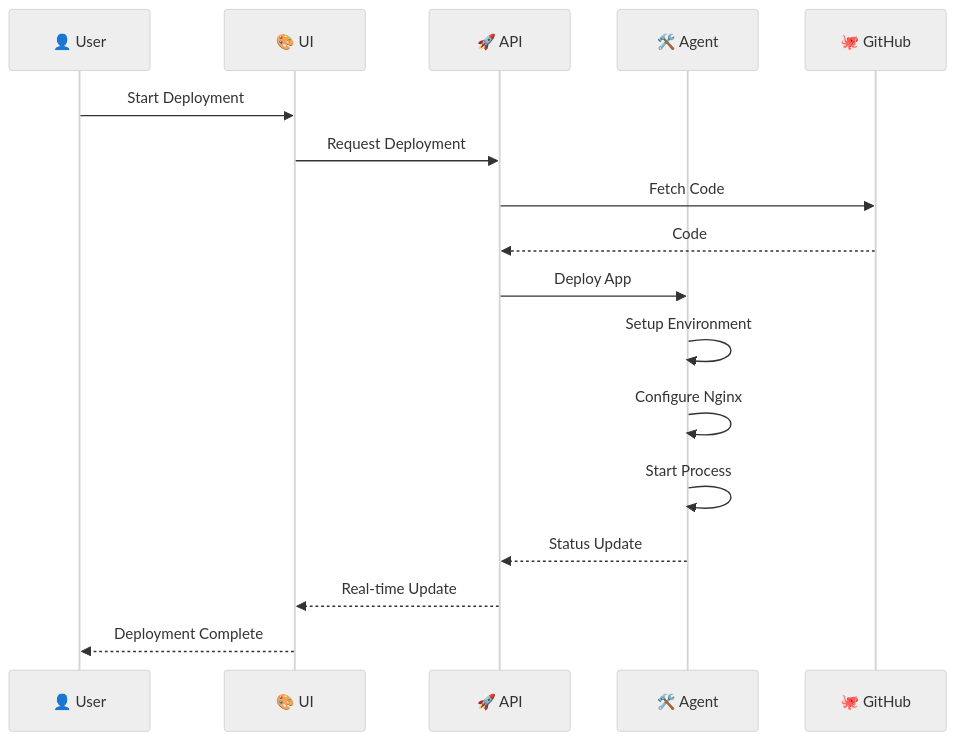
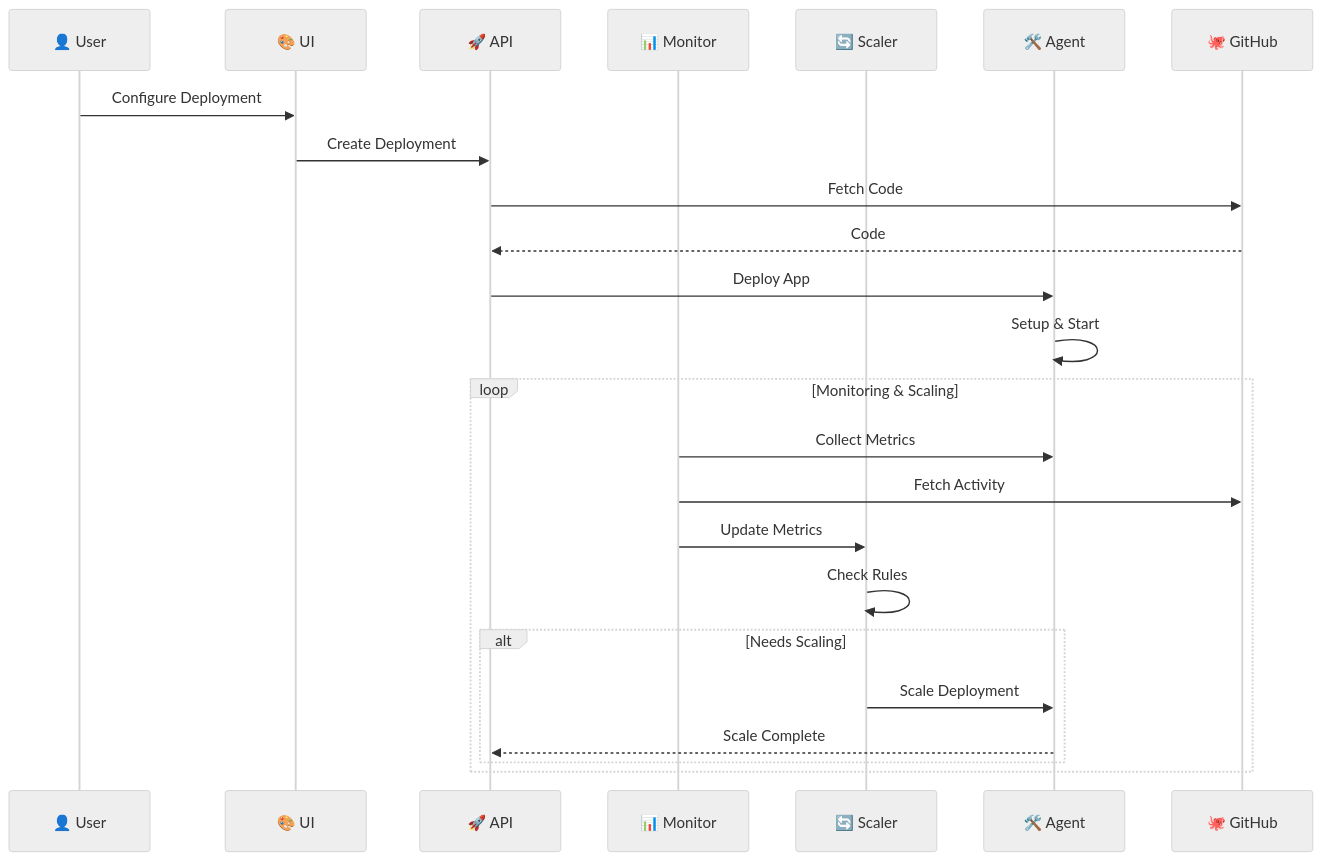
Before and after one commit to NodeRoll/self-hosted-standalone: the first of 2 diagrams in docs/ARCHITECTURE.md, drawn with Mermaid (neutral theme). The commit also changed other lines of this file and 11 other files, not shown here.

````diff
--- a/docs/ARCHITECTURE.md
+++ b/docs/ARCHITECTURE.md
@@ -74,20 +94,28 @@
 ```mermaid
 sequenceDiagram
     participant 👤 User
     participant 🎨 UI
     participant 🚀 API
+    participant 📊 Monitor
+    participant 🔄 Scaler
     participant 🛠️ Agent
     participant 🐙 GitHub
     
-    👤 User->>🎨 UI: Start Deployment
-    🎨 UI->>🚀 API: Request Deployment
+    👤 User->>🎨 UI: Configure Deployment
+    🎨 UI->>🚀 API: Create Deployment
     🚀 API->>🐙 GitHub: Fetch Code
     🐙 GitHub-->>🚀 API: Code
     🚀 API->>🛠️ Agent: Deploy App
-    🛠️ Agent->>🛠️ Agent: Setup Environment
-    🛠️ Agent->>🛠️ Agent: Configure Nginx
-    🛠️ Agent->>🛠️ Agent: Start Process
-    🛠️ Agent-->>🚀 API: Status Update
-    🚀 API-->>🎨 UI: Real-time Update
-    🎨 UI-->>👤 User: Deployment Complete
+    🛠️ Agent->>🛠️ Agent: Setup & Start
+    
+    loop Monitoring & Scaling
+        📊 Monitor->>🛠️ Agent: Collect Metrics
+        📊 Monitor->>🐙 GitHub: Fetch Activity
+        📊 Monitor->>🔄 Scaler: Update Metrics
+        🔄 Scaler->>🔄 Scaler: Check Rules
+        alt Needs Scaling
+            🔄 Scaler->>🛠️ Agent: Scale Deployment
+            🛠️ Agent-->>🚀 API: Scale Complete
+        end
+    end
 ```
````
